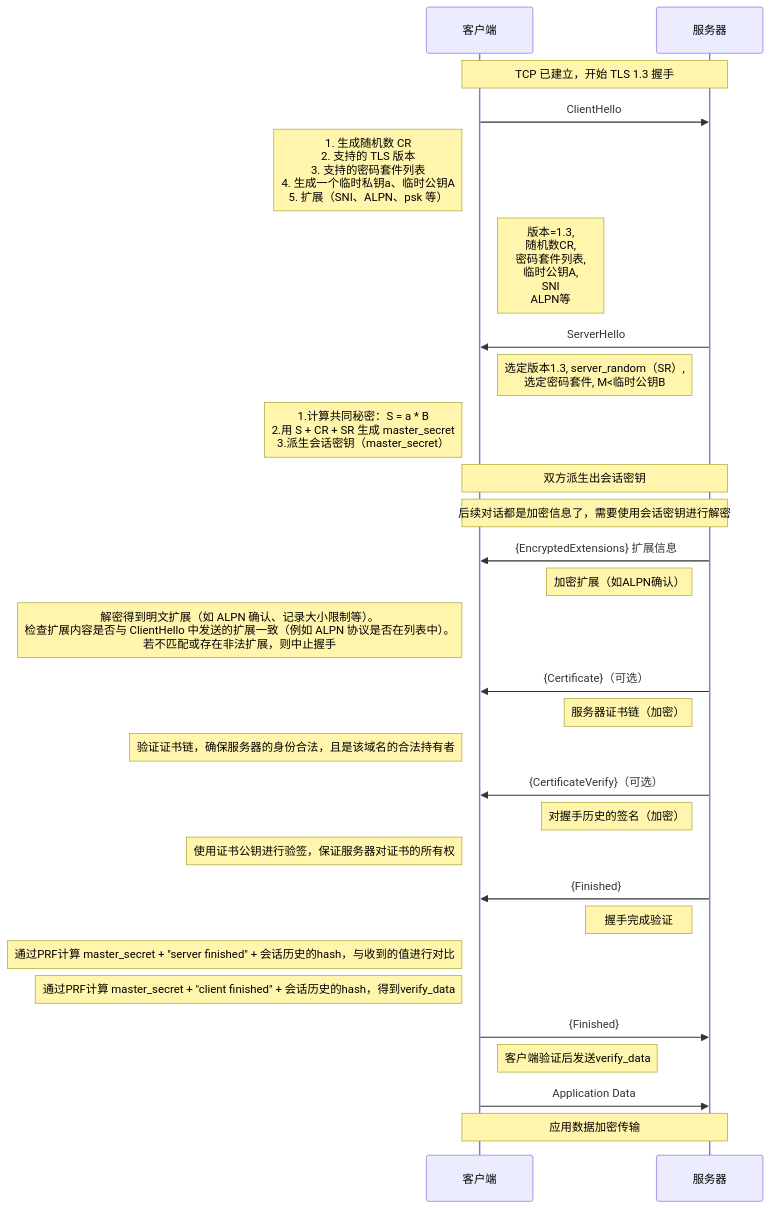
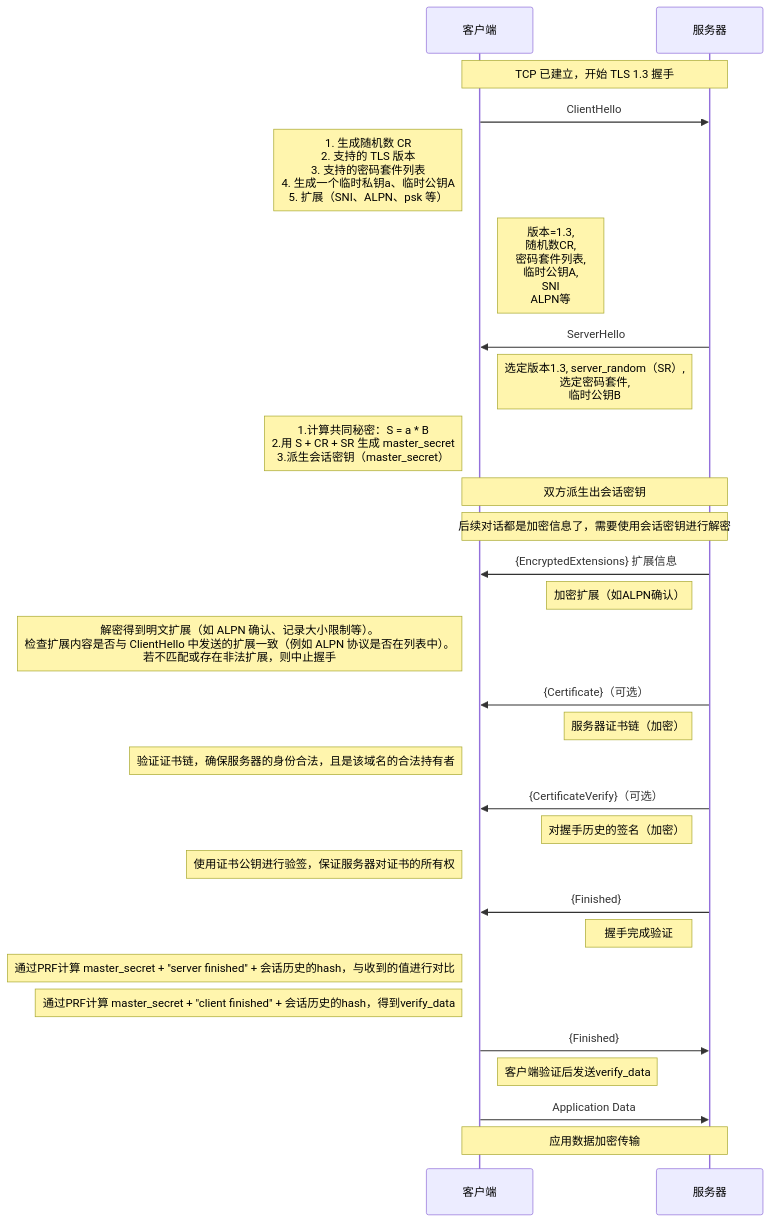
One commit to HY-10-8/iodraw-files changed the diagram in all/TLS-1.3-通用.md. Above: the diagram before and after it, drawn with Mermaid.

Commit message:
2026-03-31 09:18:42 update

````diff
--- a/all/TLS-1.3-通用.md
+++ b/all/TLS-1.3-通用.md
@@ -1,41 +1,41 @@
 ```mermaid
 sequenceDiagram
     participant C as 客户端
     participant S as 服务器
 
     Note over C,S: TCP 已建立，开始 TLS 1.3 握手
 
     C->>S: ClientHello
     Note left of C: 1. 生成随机数 CR<br/> 2. 支持的 TLS 版本<br/> 3. 支持的密码套件列表<br/> 4. 生成一个临时私钥a、临时公钥A<br/> 5. 扩展（SNI、ALPN、psk 等）
     Note right of C: 版本=1.3,<br/> 随机数CR,<br/> 密码套件列表,<br/> 临时公钥A,<br/> SNI<br/> ALPN等
 
     S->>C: ServerHello
-    Note left of S: 选定版本1.3, server_random（SR）,<br/> 选定密码套件, M<临时公钥B
+    Note left of S: 选定版本1.3, server_random（SR）,<br/> 选定密码套件, <br/> 临时公钥B
     Note left of C: 1.计算共同秘密：S = a * B<br/> 2.用 S + CR + SR 生成 master_secret<br/> 3.派生会话密钥（master_secret）
 
     Note over C,S: 双方派生出会话密钥
     Note over C,S: 后续对话都是加密信息了，需要使用会话密钥进行解密
 
     S->>C: {EncryptedExtensions} 扩展信息
     Note left of S: 加密扩展（如ALPN确认）
     Note left of C: 解密得到明文扩展（如 ALPN 确认、记录大小限制等）。<br/>检查扩展内容是否与 ClientHello 中发送的扩展一致（例如 ALPN 协议是否在列表中）。<br/> 若不匹配或存在非法扩展，则中止握手
 
     S->>C: {Certificate}（可选）
     Note left of S: 服务器证书链（加密）
     Note left of C: 验证证书链，确保服务器的身份合法，且是该域名的合法持有者
 
     S->>C: {CertificateVerify}（可选）
     Note left of S: 对握手历史的签名（加密）
     Note left of C: 使用证书公钥进行验签，保证服务器对证书的所有权
 
     S->>C: {Finished}
     Note left of S: 握手完成验证
     Note left of C: 通过PRF计算 master_secret + "server finished" + 会话历史的hash，与收到的值进行对比
     Note left of C: 通过PRF计算 master_secret + "client finished" + 会话历史的hash，得到verify_data
 
     C->>S: {Finished}
     Note right of C: 客户端验证后发送verify_data
 
     C->>S: Application Data
     Note over C,S: 应用数据加密传输
 ```
````
